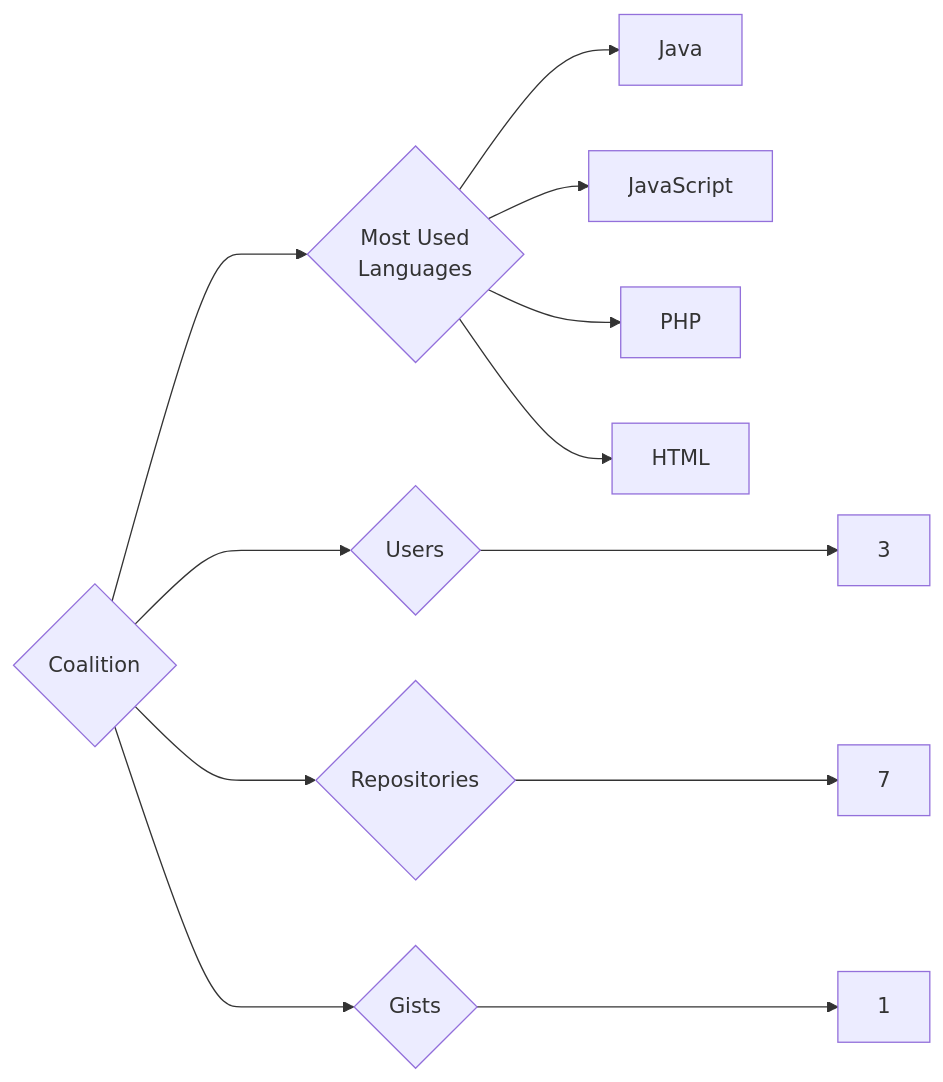
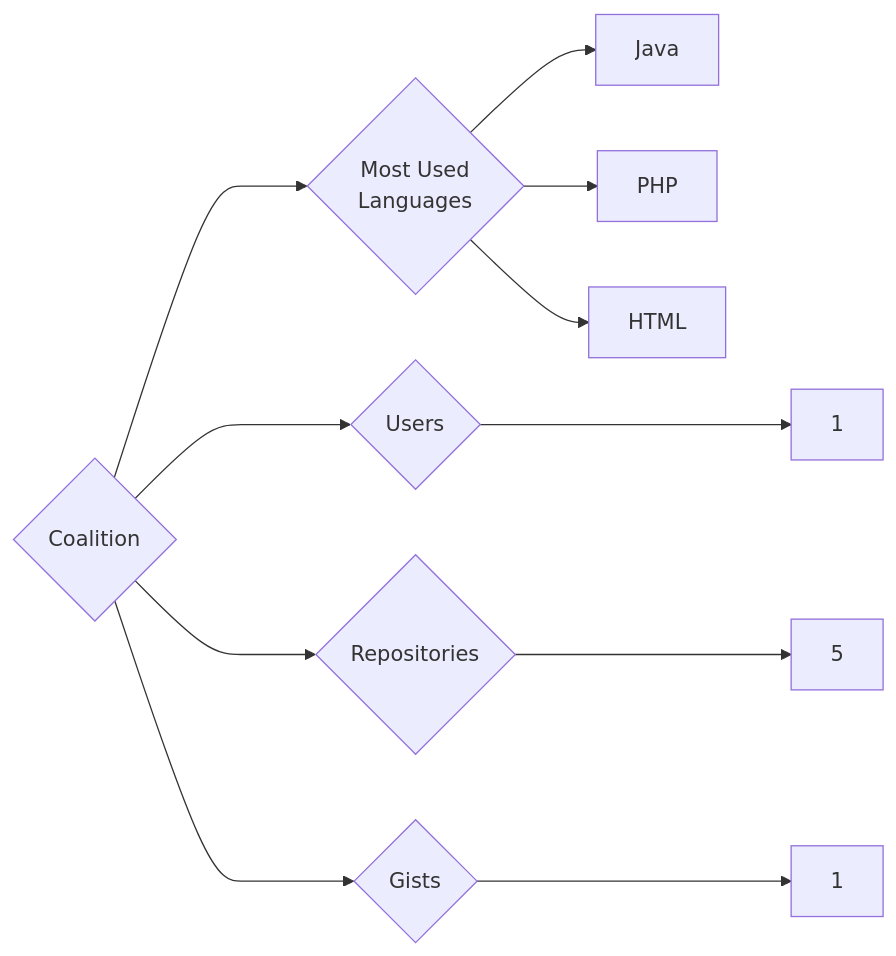
One commit to trickest/insiders changed the diagram in targets/Coalition/README.md. Above: the diagram before and after it, drawn with Mermaid. The commit also changed 611 other files, not shown here.

````diff
--- a/targets/Coalition/README.md
+++ b/targets/Coalition/README.md
@@ -3,12 +3,11 @@
 ```mermaid
 graph LR
 COMPANY_NAME{Coalition}
-COMPANY_NAME ---> U{Users} ---> UN[3]
-COMPANY_NAME ---> R{Repositories} ---> RN[7]
+COMPANY_NAME ---> U{Users} ---> UN[1]
+COMPANY_NAME ---> R{Repositories} ---> RN[5]
 COMPANY_NAME ---> G{Gists} ---> GN[1]
 COMPANY_NAME ---> ML{Most Used<br>Languages}
 ML --> Java[Java]
-ML --> JavaScript[JavaScript]
 ML --> PHP[PHP]
 ML --> HTML[HTML]
 ```
````
